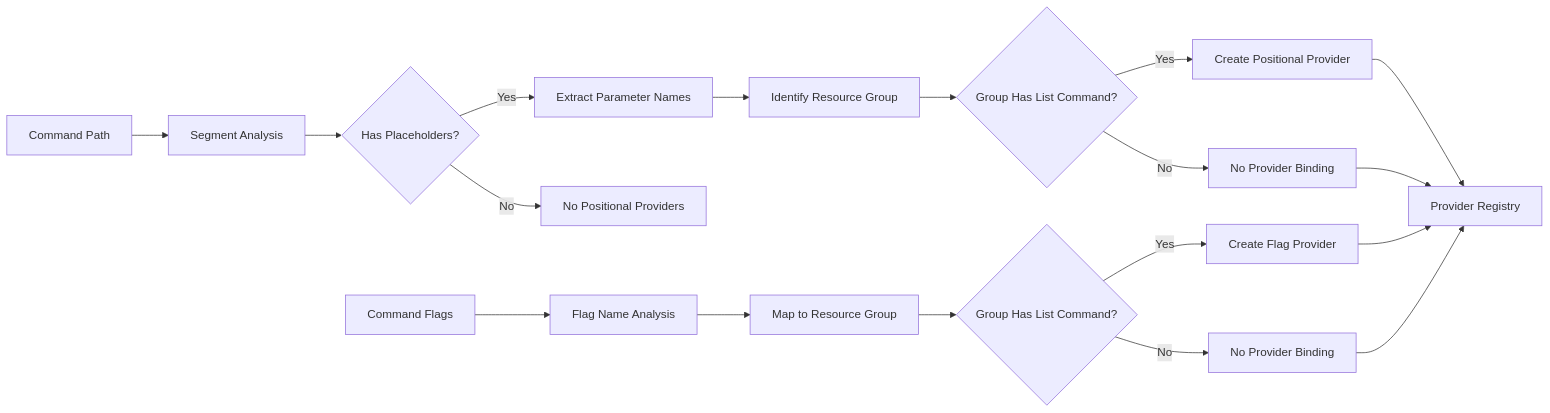
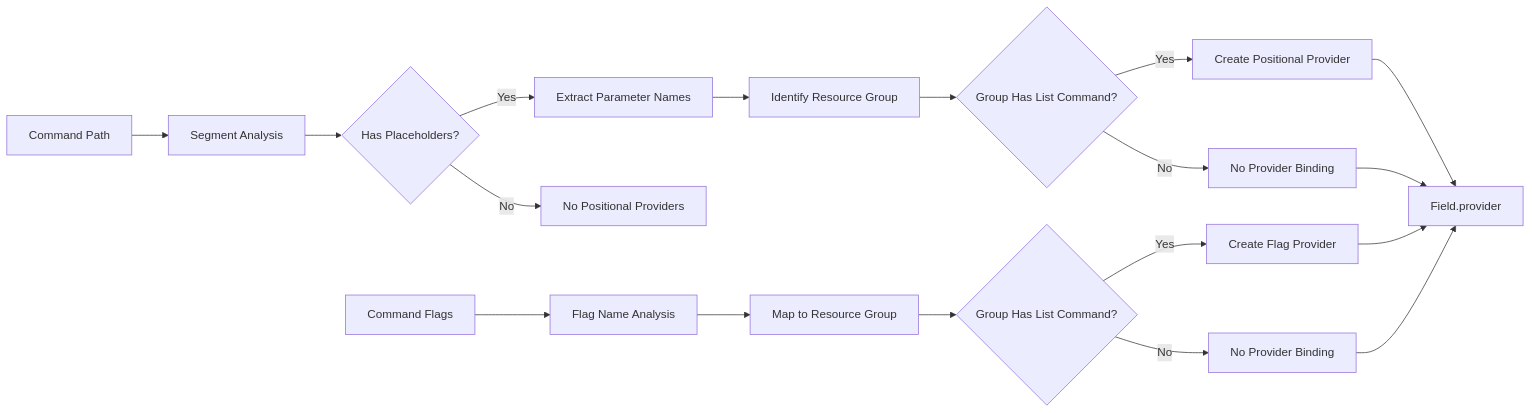
Before and after one commit to oattyio/oatty: the third of 3 diagrams in plans/VALUE_PROVIDER_REGISTRY.md, drawn with Mermaid. The commit also changed other lines of this file and 44 other files, not shown here.

````diff
--- a/plans/VALUE_PROVIDER_REGISTRY.md
+++ b/plans/VALUE_PROVIDER_REGISTRY.md
@@ -179,23 +160,23 @@
 ```mermaid
 graph LR
     A[Command Path] --> B[Segment Analysis]
     B --> C{Has Placeholders?}
     C -->|Yes| D[Extract Parameter Names]
     C -->|No| E[No Positional Providers]
     
     D --> F[Identify Resource Group]
     F --> G{Group Has List Command?}
     G -->|Yes| H[Create Positional Provider]
     G -->|No| I[No Provider Binding]
     
     J[Command Flags] --> K[Flag Name Analysis]
     K --> L[Map to Resource Group]
     L --> M{Group Has List Command?}
     M -->|Yes| N[Create Flag Provider]
     M -->|No| O[No Provider Binding]
     
-    H --> P[Provider Registry]
+    H --> P[Field.provider]
     N --> P
     I --> P
     O --> P
 ```
````
